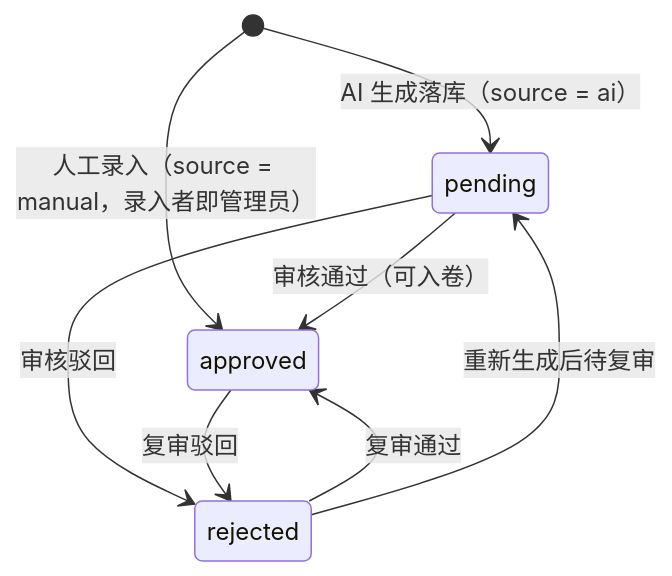
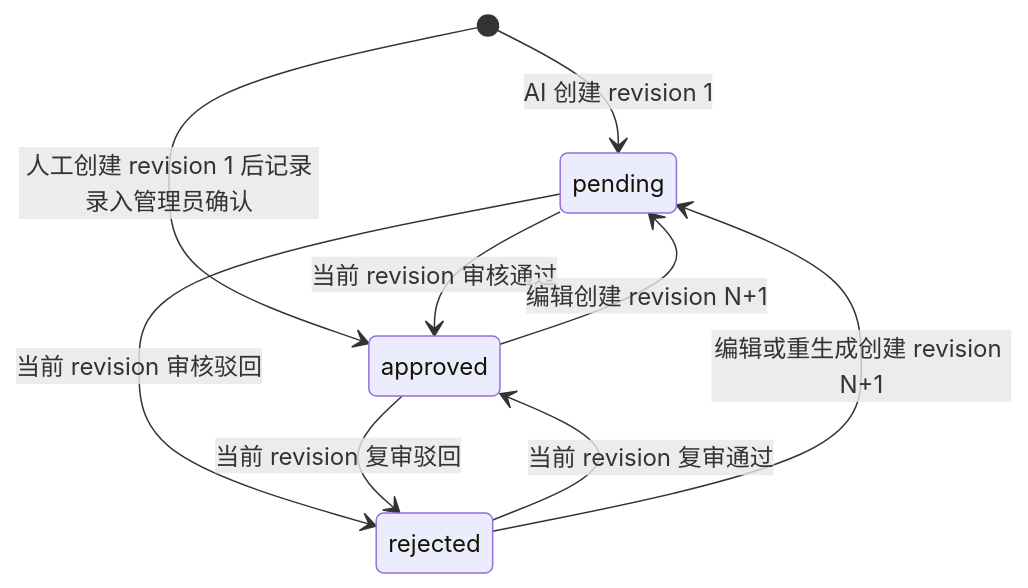
Diagram 11 of 19 in docs/design/05-模块设计.md (caoguanjie/emodor-exam), drawn with Mermaid before and after one commit. The commit also changed other lines of this file and 28 other files, not shown here.

````diff
--- a/docs/design/05-模块设计.md
+++ b/docs/design/05-模块设计.md
@@ -680,10 +690,11 @@
 ```mermaid
 stateDiagram-v2
-    [*] --> pending : AI 生成落库（source = ai）
-    [*] --> approved : 人工录入（source = manual，录入者即管理员）
-    pending --> approved : 审核通过（可入卷）
-    pending --> rejected : 审核驳回
-    approved --> rejected : 复审驳回
-    rejected --> approved : 复审通过
-    rejected --> pending : 重新生成后待复审
+    [*] --> pending : AI 创建 revision 1
+    [*] --> approved : 人工创建 revision 1 后记录录入管理员确认
+    pending --> approved : 当前 revision 审核通过
+    pending --> rejected : 当前 revision 审核驳回
+    approved --> rejected : 当前 revision 复审驳回
+    rejected --> approved : 当前 revision 复审通过
+    approved --> pending : 编辑创建 revision N+1
+    rejected --> pending : 编辑或重生成创建 revision N+1
 ```
````
